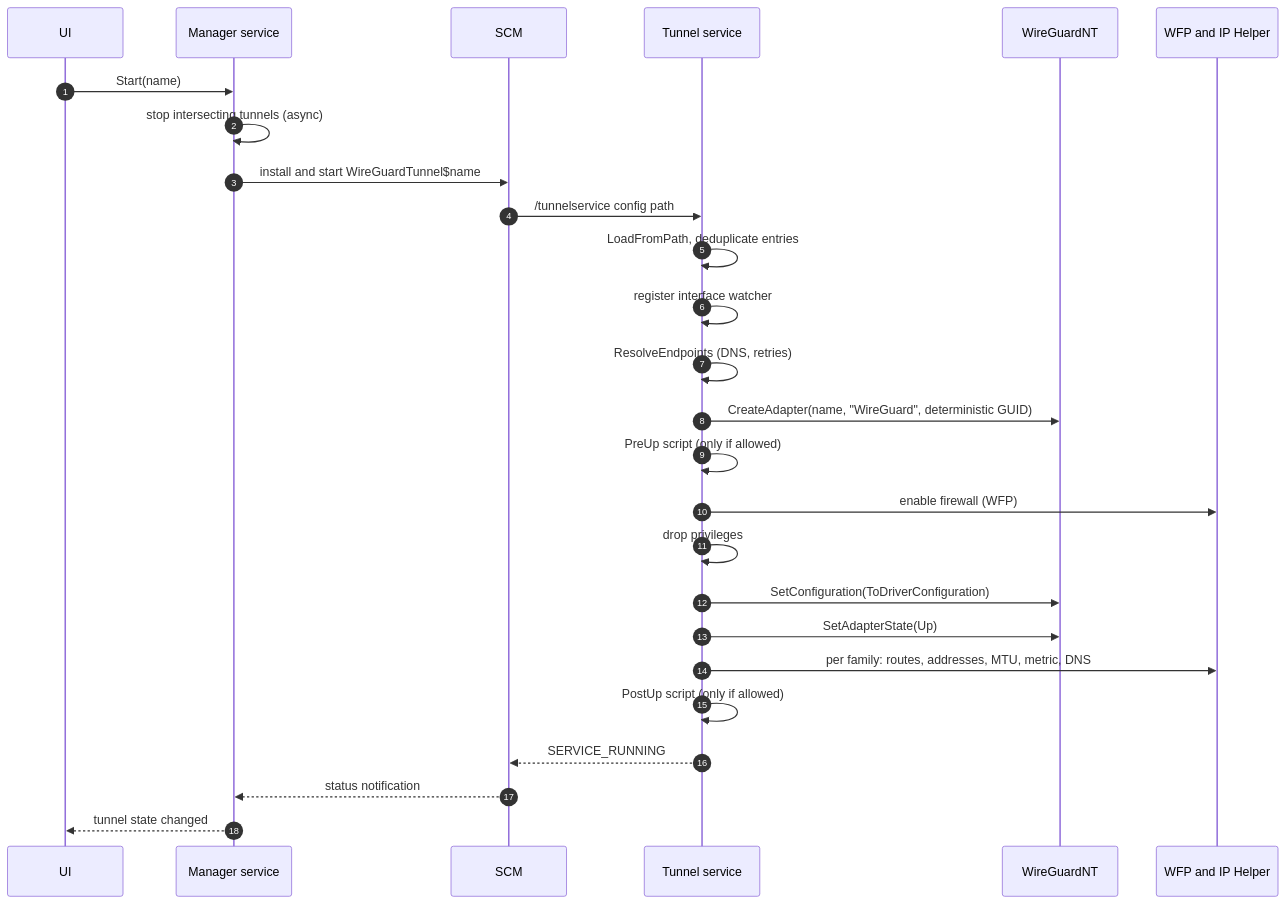
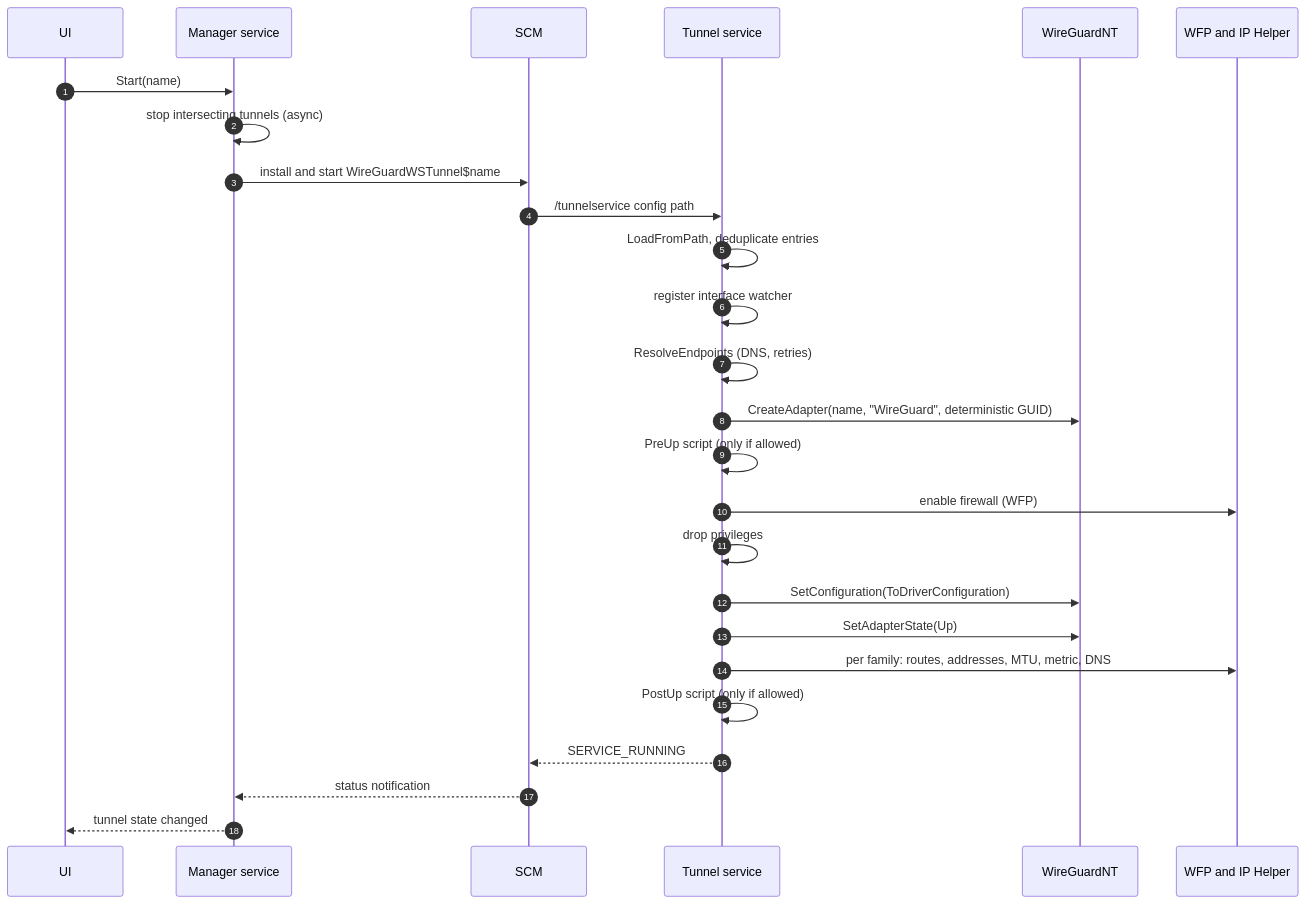
Before and after one commit to danielealbano/wireguard-windows: the second of 8 diagrams in docs/ARCHITECTURE.md, drawn with Mermaid. The commit also changed other lines of this file and 4 other files, not shown here.

Commit message:
docs(docs): document the WireGuard WS userspace path, TLS files and identity

````diff
--- a/docs/ARCHITECTURE.md
+++ b/docs/ARCHITECTURE.md
@@ -60,29 +67,29 @@
 ```mermaid
 sequenceDiagram
     autonumber
     participant UI as UI
     participant MGR as Manager service
     participant SCM as SCM
     participant TS as Tunnel service
     participant DRV as WireGuardNT
     participant NET as WFP and IP Helper
 
     UI->>MGR: Start(name)
     MGR->>MGR: stop intersecting tunnels (async)
-    MGR->>SCM: install and start WireGuardTunnel$name
+    MGR->>SCM: install and start WireGuardWSTunnel$name
     SCM->>TS: /tunnelservice config path
     TS->>TS: LoadFromPath, deduplicate entries
     TS->>TS: register interface watcher
     TS->>TS: ResolveEndpoints (DNS, retries)
     TS->>DRV: CreateAdapter(name, "WireGuard", deterministic GUID)
     TS->>TS: PreUp script (only if allowed)
     TS->>NET: enable firewall (WFP)
     TS->>TS: drop privileges
     TS->>DRV: SetConfiguration(ToDriverConfiguration)
     TS->>DRV: SetAdapterState(Up)
     TS->>NET: per family: routes, addresses, MTU, metric, DNS
     TS->>TS: PostUp script (only if allowed)
     TS-->>SCM: SERVICE_RUNNING
     SCM-->>MGR: status notification
     MGR-->>UI: tunnel state changed
 ```
````
